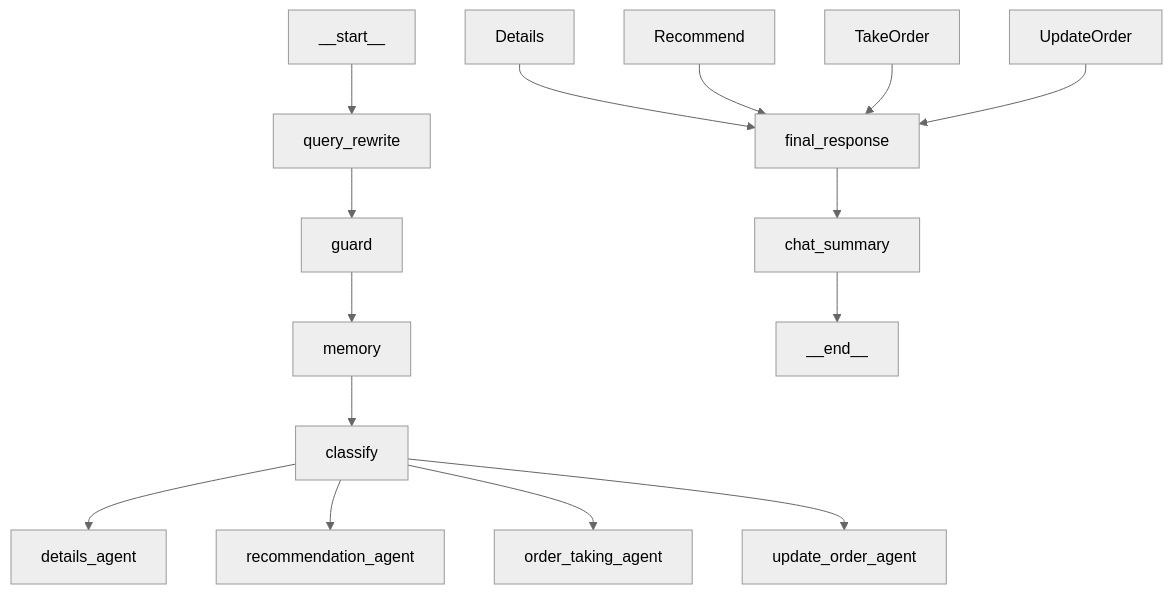
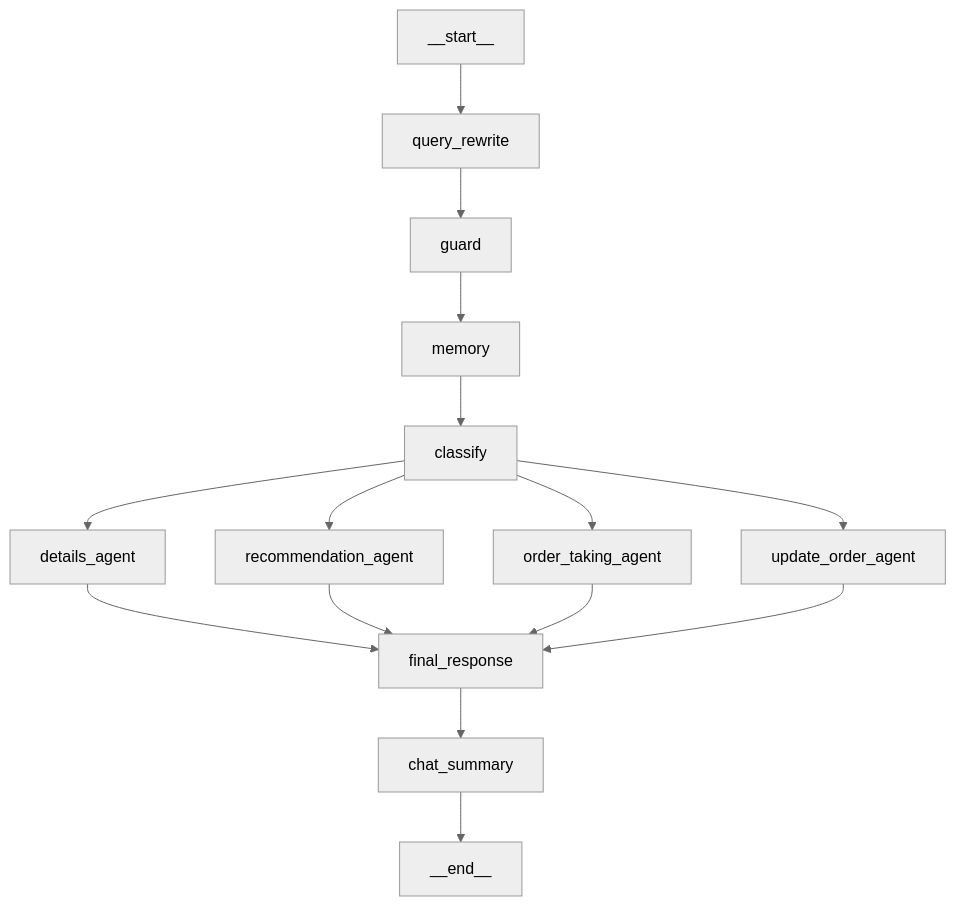
Before and after one commit to Pandharimaske/Coffee_Shop_ChatBot: the diagram in README.md, drawn with Mermaid (neutral theme).

Commit message:
update readme file

````diff
--- a/README.md
+++ b/README.md
@@ -10,20 +10,21 @@
 ```mermaid
 flowchart TD
     Start[__start__] --> Rewrite[query_rewrite]
     Rewrite --> Guard[guard]
     Guard --> Memory[memory]
     Memory --> Classify[classify]
     Classify --> DetailsAgent[details_agent]
     Classify --> RecommendAgent[recommendation_agent]
     Classify --> OrderAgent[order_taking_agent]
     Classify --> UpdateAgent[update_order_agent]
 
 
-    Details --> Final[final_response]
-    Recommend --> Final
-    TakeOrder --> Final
-    UpdateOrder --> Final
+    DetailsAgent[details_agent] --> Final[final_response]
+    RecommendAgent[recommendation_agent] --> Final
+    OrderAgent[order_taking_agent] --> Final
+    UpdateAgent[update_order_agent] --> Final
+
 
     Final --> Summary[chat_summary]
     Summary --> End[__end__]
 ```
````
